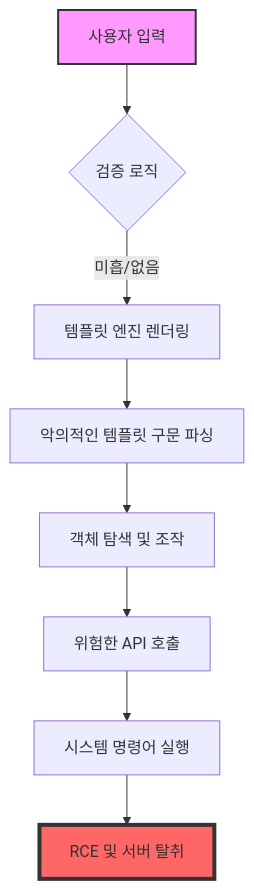
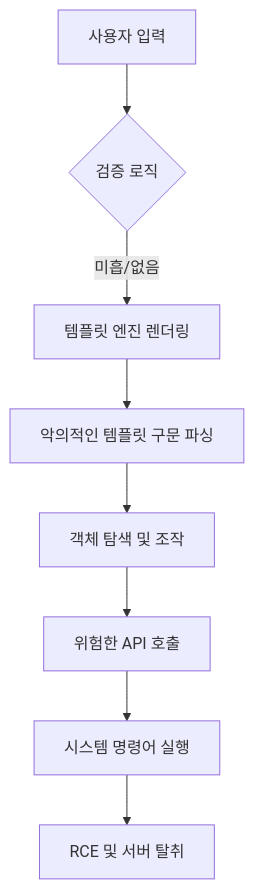
One commit to rebugui/rebugui.github.io changed the diagram in content/post/보안/SSTI-공격-기법과-완화-전략/index.md. Above: the diagram before and after it, drawn with Mermaid. The commit also changed 14 other files, not shown here.

First line of the commit message:
fix: 최근 3일간 블로그 Mermaid 다이어그램 스타일 제거

````diff
--- a/content/post/보안/SSTI-공격-기법과-완화-전략/index.md
+++ b/content/post/보안/SSTI-공격-기법과-완화-전략/index.md
@@ -31,12 +31,10 @@
 ```mermaid
 graph TD
     A[사용자 입력] --> B{검증 로직}
     B -- 미흡/없음 --> C[템플릿 엔진 렌더링]
     C --> D[악의적인 템플릿 구문 파싱]
     D --> E[객체 탐색 및 조작]
     E --> F[위험한 API 호출]
     F --> G[시스템 명령어 실행]
     G --> H[RCE 및 서버 탈취]
-    style A fill:#f9f,stroke:#333,stroke-width:2px
-    style H fill:#f66,stroke:#333,stroke-width:4px
 ```
````
